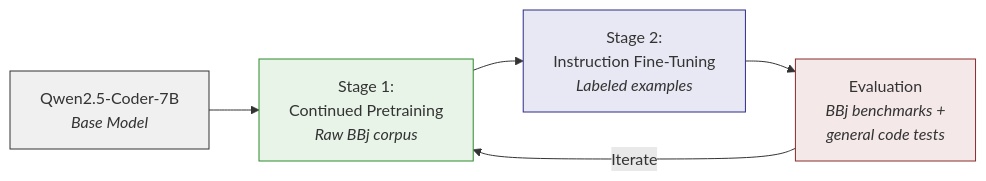
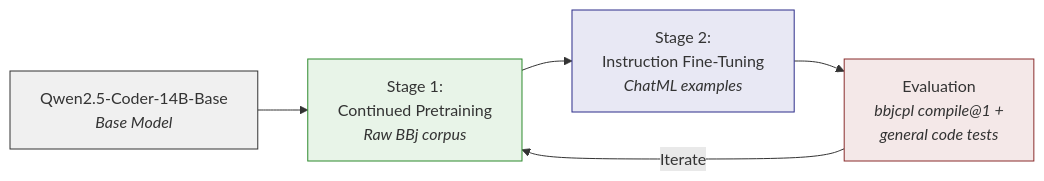
One commit to StephanWald/bbj-ai-strategy changed the second of 4 diagrams in docs/03-fine-tuning/index.md. Above: the diagram before and after it, drawn with Mermaid. The commit also changed other lines of this file, not shown here.

First line of the commit message:
feat(33-01): modify QLoRA section, add Evaluation Methodology

````diff
--- a/docs/03-fine-tuning/index.md
+++ b/docs/03-fine-tuning/index.md
@@ -310,12 +315,12 @@
 ```mermaid
 graph LR
-    BASE["Qwen2.5-Coder-7B<br/><i>Base Model</i>"] --> CPT["Stage 1:<br/>Continued Pretraining<br/><i>Raw BBj corpus</i>"]
-    CPT --> IFT["Stage 2:<br/>Instruction Fine-Tuning<br/><i>Labeled examples</i>"]
-    IFT --> EVAL["Evaluation<br/><i>BBj benchmarks +<br/>general code tests</i>"]
+    BASE["Qwen2.5-Coder-14B-Base<br/><i>Base Model</i>"] --> CPT["Stage 1:<br/>Continued Pretraining<br/><i>Raw BBj corpus</i>"]
+    CPT --> IFT["Stage 2:<br/>Instruction Fine-Tuning<br/><i>ChatML examples</i>"]
+    IFT --> EVAL["Evaluation<br/><i>bbjcpl compile@1 +<br/>general code tests</i>"]
     EVAL -->|"Iterate"| CPT
 
     style BASE fill:#f0f0f0,stroke:#333
     style CPT fill:#e8f4e8,stroke:#2d8a2d
     style IFT fill:#e8e8f4,stroke:#2d2d8a
     style EVAL fill:#f4e8e8,stroke:#8a2d2d
 ```
````
